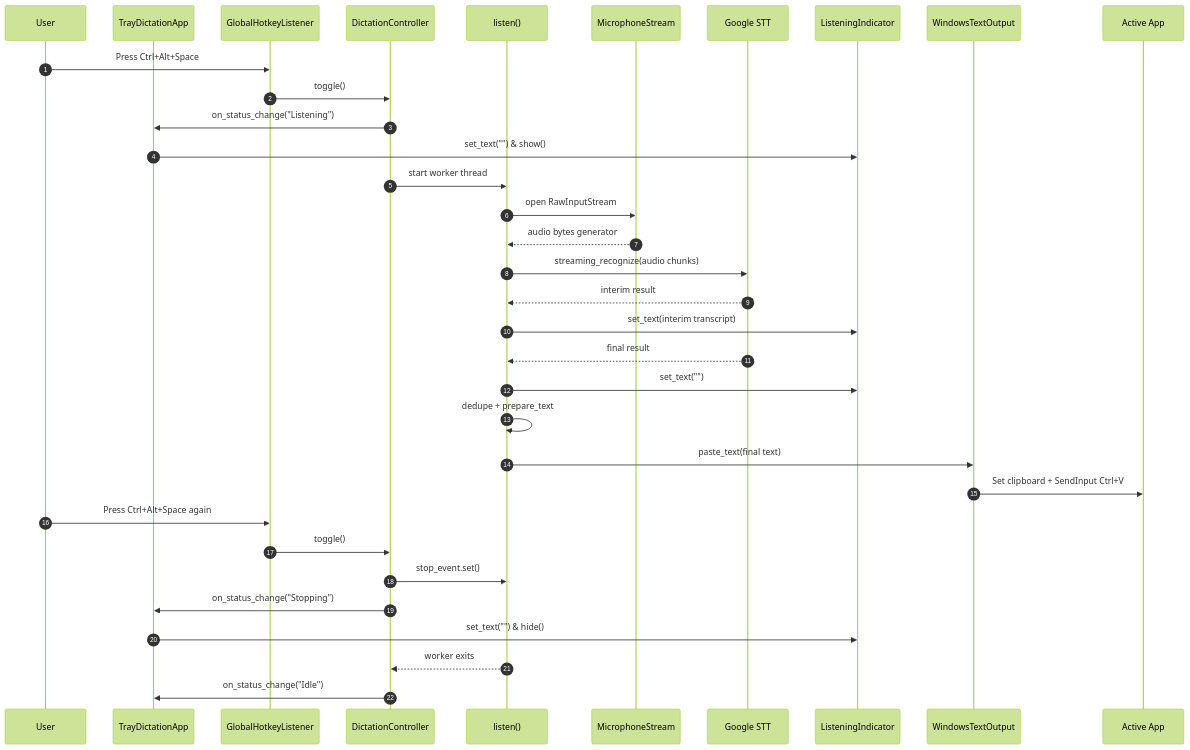
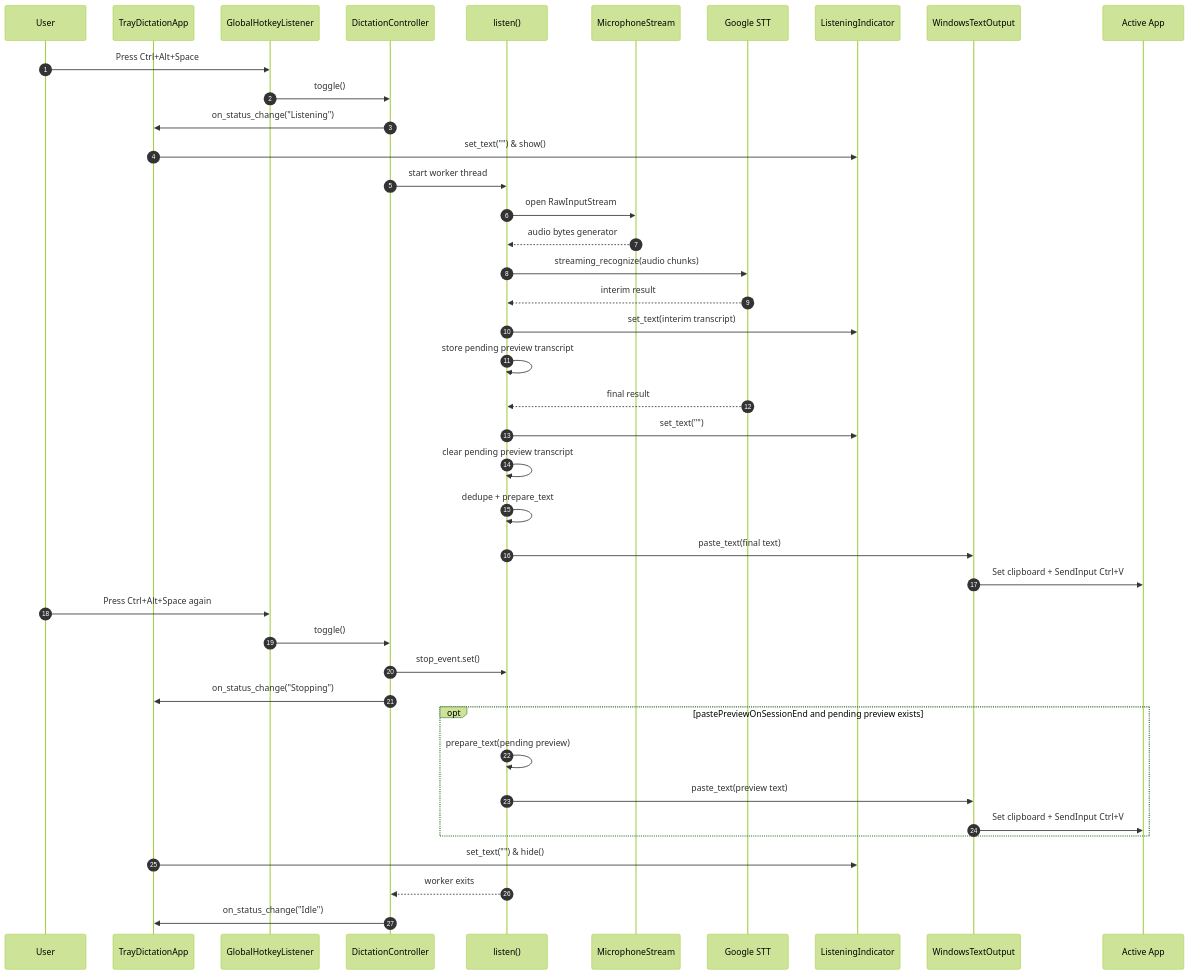
Before and after one commit to cocomine/win-voice-input: the sixth of 6 diagrams in docs/TECHNICAL_DOCUMENTATION.md, drawn with Mermaid (forest theme). The commit also changed other lines of this file and 8 other files, not shown here.

Commit message:
feat: add session-end preview paste option for non-final transcripts

````diff
--- a/docs/TECHNICAL_DOCUMENTATION.md
+++ b/docs/TECHNICAL_DOCUMENTATION.md
@@ -261,37 +269,44 @@
 ```mermaid
 sequenceDiagram
     autonumber
     participant U as User
     participant T as TrayDictationApp
     participant H as GlobalHotkeyListener
     participant C as DictationController
     participant S as listen()
     participant M as MicrophoneStream
     participant G as Google STT
     participant I as ListeningIndicator
     participant O as WindowsTextOutput
     participant A as Active App
 
     U->>H: Press Ctrl+Alt+Space
     H->>C: toggle()
     C->>T: on_status_change("Listening")
     T->>I: set_text("") & show()
     C->>S: start worker thread
     S->>M: open RawInputStream
     M-->>S: audio bytes generator
     S->>G: streaming_recognize(audio chunks)
     G-->>S: interim result
     S->>I: set_text(interim transcript)
+    S->>S: store pending preview transcript
     G-->>S: final result
     S->>I: set_text("")
+    S->>S: clear pending preview transcript
     S->>S: dedupe + prepare_text
     S->>O: paste_text(final text)
     O->>A: Set clipboard + SendInput Ctrl+V
     U->>H: Press Ctrl+Alt+Space again
     H->>C: toggle()
     C->>S: stop_event.set()
     C->>T: on_status_change("Stopping")
+    opt pastePreviewOnSessionEnd and pending preview exists
+        S->>S: prepare_text(pending preview)
+        S->>O: paste_text(preview text)
+        O->>A: Set clipboard + SendInput Ctrl+V
+    end
     T->>I: set_text("") & hide()
     S-->>C: worker exits
     C->>T: on_status_change("Idle")
 ```
````
